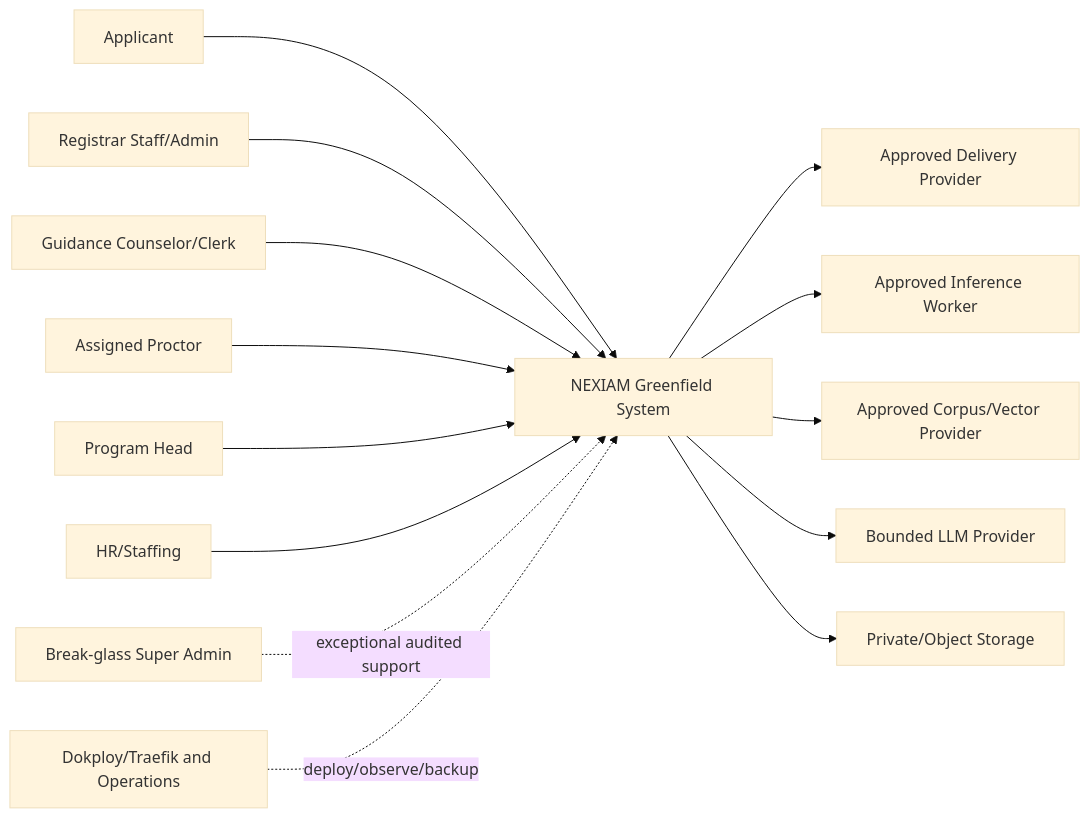
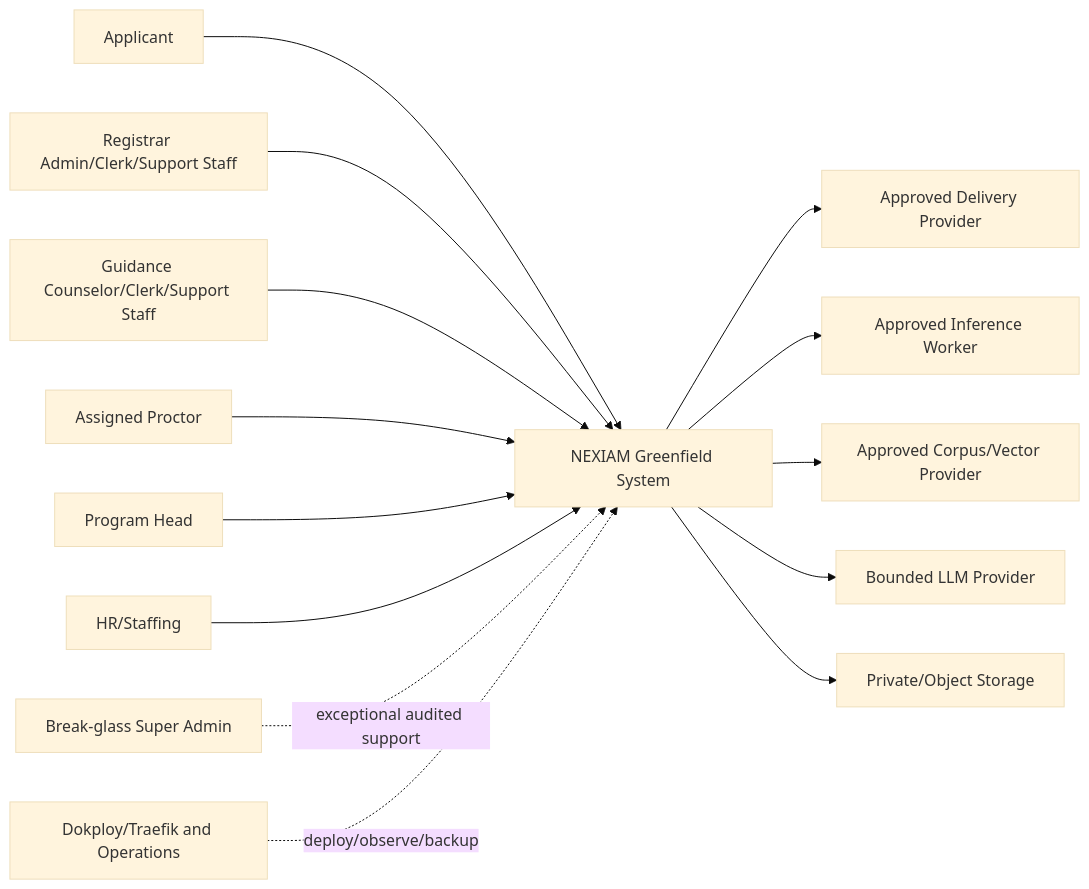
Before and after one commit to daviddatuX25/NEXIAM: the diagram in docs/greenfield-foundation/17-system-high-level-design.md, drawn with Mermaid (base theme). The commit also changed other lines of this file and 112 other files, not shown here.

First line of the commit message:
docs: promote greenfield planning baseline (PRD, roadmap, decisions, OpenSpec)

````diff
--- a/docs/greenfield-foundation/17-system-high-level-design.md
+++ b/docs/greenfield-foundation/17-system-high-level-design.md
@@ -61,34 +62,34 @@
 ```mermaid
 flowchart LR
     APPLICANT[Applicant]
-    REGISTRAR[Registrar Staff/Admin]
-    GUIDANCE[Guidance Counselor/Clerk]
+    REGISTRAR[Registrar Admin/Clerk/Support Staff]
+    GUIDANCE[Guidance Counselor/Clerk/Support Staff]
     PROCTOR[Assigned Proctor]
     PROGRAM[Program Head]
     HR[HR/Staffing]
     SUPPORT[Break-glass Super Admin]
 
     NEXIAM[NEXIAM Greenfield System]
 
     MAIL[Approved Delivery Provider]
     INFERENCE[Approved Inference Worker]
     KNOWLEDGE[Approved Corpus/Vector Provider]
     LLM[Bounded LLM Provider]
     STORAGE[Private/Object Storage]
     OPS[Dokploy/Traefik and Operations]
 
     APPLICANT --> NEXIAM
     REGISTRAR --> NEXIAM
     GUIDANCE --> NEXIAM
     PROCTOR --> NEXIAM
     PROGRAM --> NEXIAM
     HR --> NEXIAM
     SUPPORT -. exceptional audited support .-> NEXIAM
 
     NEXIAM --> MAIL
     NEXIAM --> INFERENCE
     NEXIAM --> KNOWLEDGE
     NEXIAM --> LLM
     NEXIAM --> STORAGE
     OPS -. deploy/observe/backup .-> NEXIAM
 ```
````
